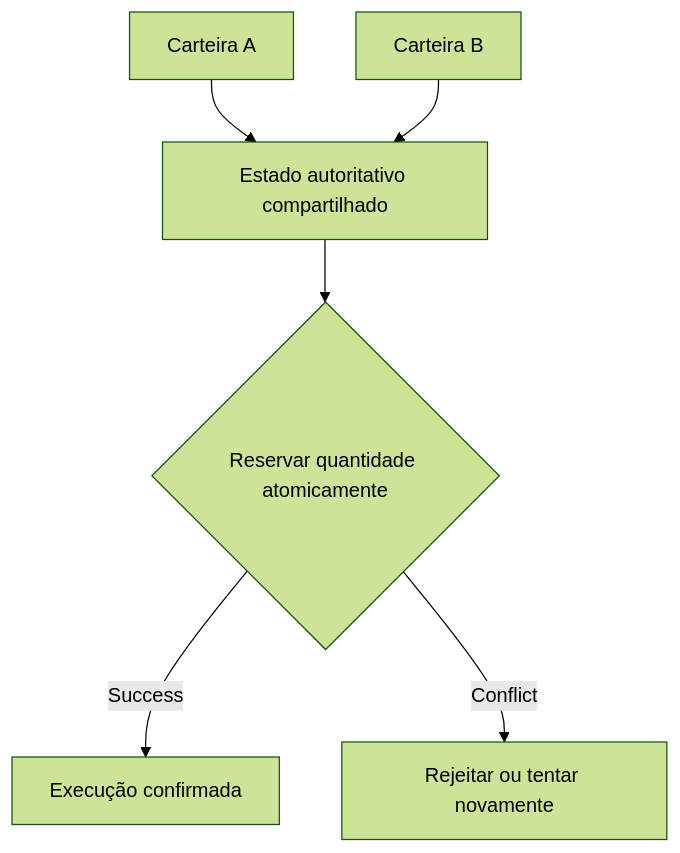
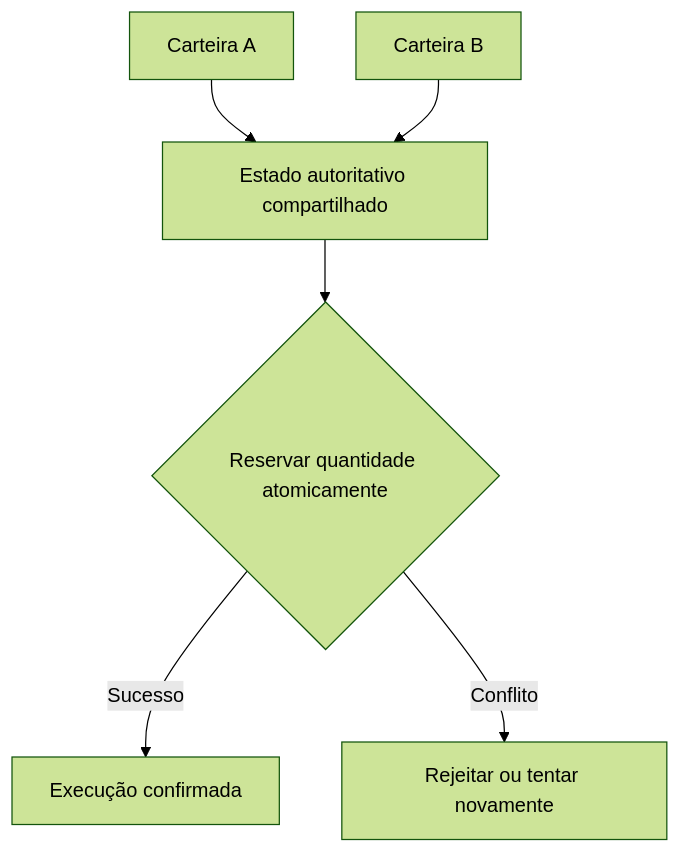
One commit to sails-protocol/Sails-Protocol-Blog changed the diagram in i18n/pt-BR/docusaurus-plugin-content-blog/07-one-market-many-interfaces.md. Above: the diagram before and after it, drawn with Mermaid (forest theme).

Commit message:
fix(i18n): localize article 07 Mermaid decision labels (pt-BR)

````diff
--- a/i18n/pt-BR/docusaurus-plugin-content-blog/07-one-market-many-interfaces.md
+++ b/i18n/pt-BR/docusaurus-plugin-content-blog/07-one-market-many-interfaces.md
@@ -53,8 +53,8 @@
 ```mermaid
 flowchart TD
     A["Carteira A"] --> C["Estado autoritativo compartilhado"]
     B["Carteira B"] --> C
     C --> D{"Reservar quantidade atomicamente"}
-    D -->|Success| E["Execução confirmada"]
-    D -->|Conflict| F["Rejeitar ou tentar novamente"]
+    D -->|Sucesso| E["Execução confirmada"]
+    D -->|Conflito| F["Rejeitar ou tentar novamente"]
 ```
````
